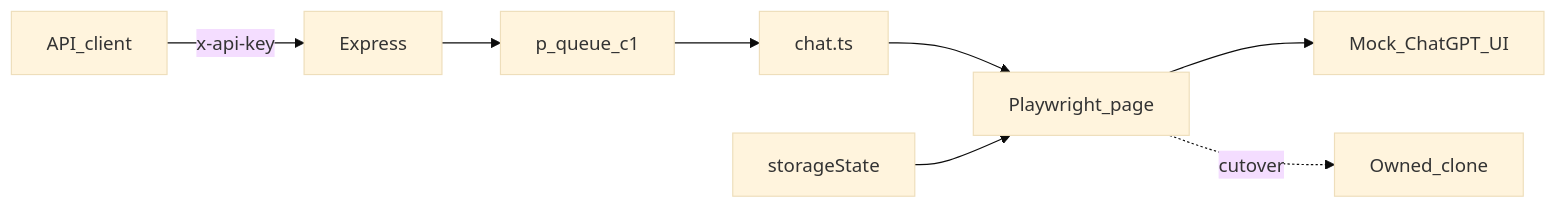
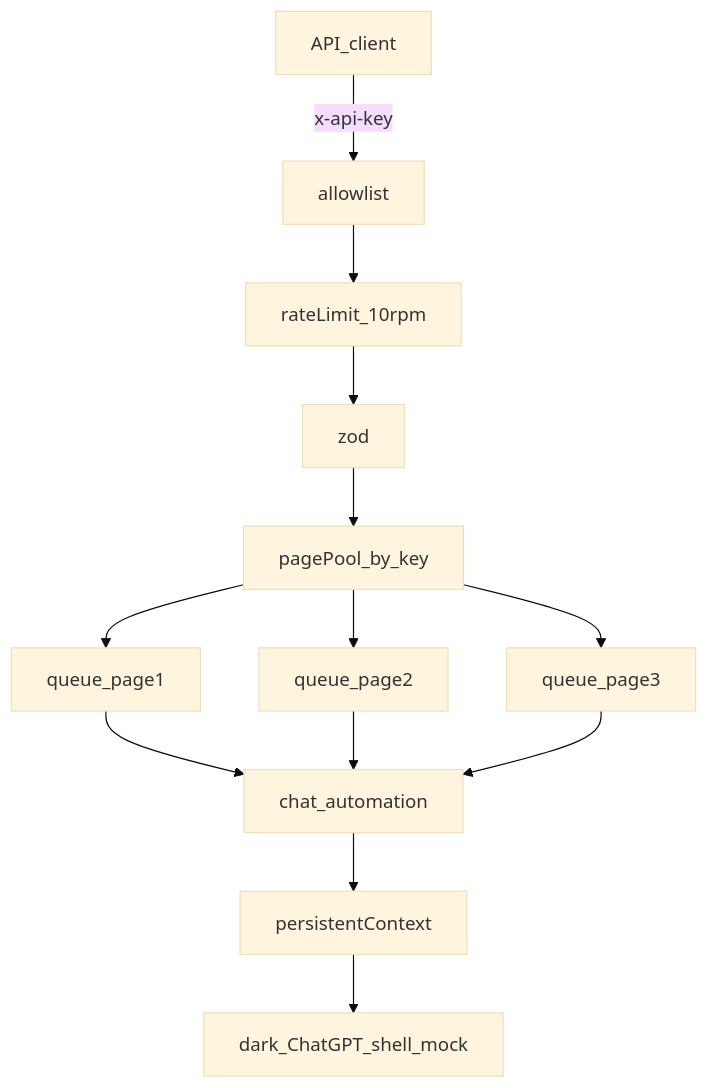
Before and after one commit to Vinayak-RZ/Chatbot-api: the diagram in IMPLEMENTATION_PLAN.md, drawn with Mermaid (base theme). The commit also changed other lines of this file and 8 other files, not shown here.

````diff
--- a/IMPLEMENTATION_PLAN.md
+++ b/IMPLEMENTATION_PLAN.md
@@ -97,10 +60,15 @@
 ```mermaid
-flowchart LR
-  Client[API_client] -->|x-api-key| API[Express]
-  API --> Q[p_queue_c1]
-  Q --> Chat[chat.ts]
-  Chat --> PW[Playwright_page]
-  PW --> Mock[Mock_ChatGPT_UI]
-  PW -.->|cutover| Owned[Owned_clone]
-  Boot[storageState] --> PW
+flowchart TB
+  Client[API_client] -->|x-api-key| Auth[allowlist]
+  Auth --> RL[rateLimit_10rpm]
+  RL --> Val[zod]
+  Val --> Pool[pagePool_by_key]
+  Pool --> Q1[queue_page1]
+  Pool --> Q2[queue_page2]
+  Pool --> Q3[queue_page3]
+  Q1 --> Chat[chat_automation]
+  Q2 --> Chat
+  Q3 --> Chat
+  Chat --> Ctx[persistentContext]
+  Ctx --> Mock[dark_ChatGPT_shell_mock]
 ```
````
